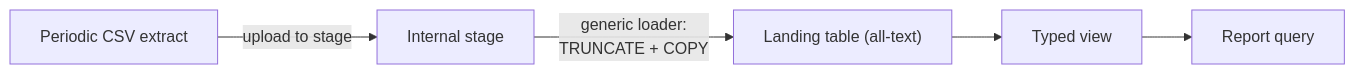
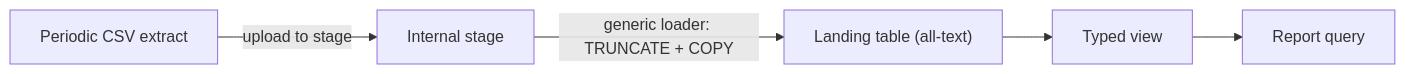
One commit to hsg09/governed-reporting-data-mart-snowflake changed the fourth of 5 diagrams in README.md. Above: the diagram before and after it, drawn with Mermaid. The commit also changed other lines of this file, not shown here.

````diff
--- a/README.md
+++ b/README.md
@@ -344,7 +224,7 @@
 ```mermaid
 graph LR
     CSV["Periodic CSV extract"] -->|upload to stage| STG["Internal stage"]
-    STG -->|generic loader:<br/>TRUNCATE + COPY| TBL["Landing table (all-text)"]
+    STG -->|generic loader: TRUNCATE + COPY| TBL["Landing table (all-text)"]
     TBL --> VW["Typed view"]
     VW --> RQ["Report query"]
 ```
````
